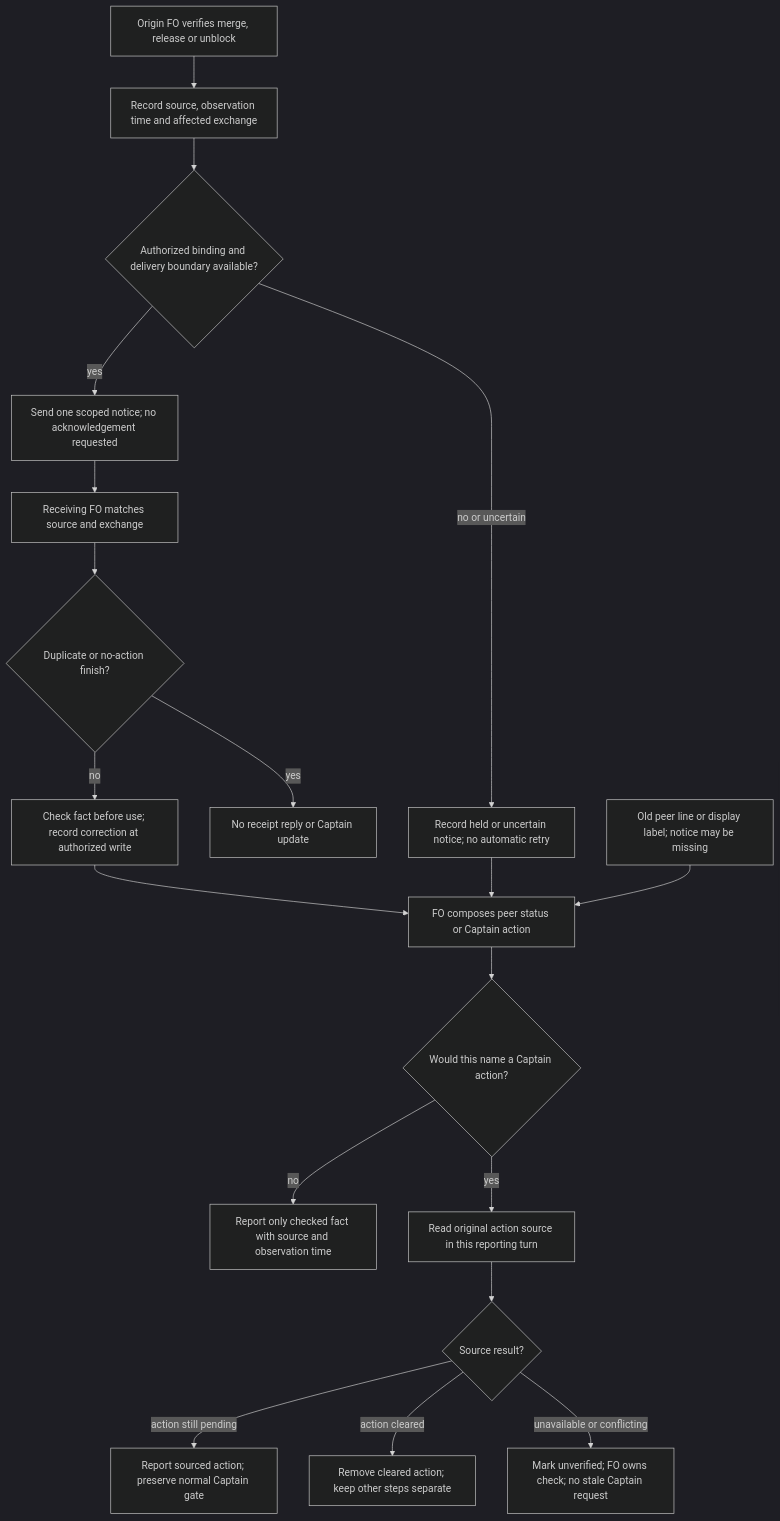
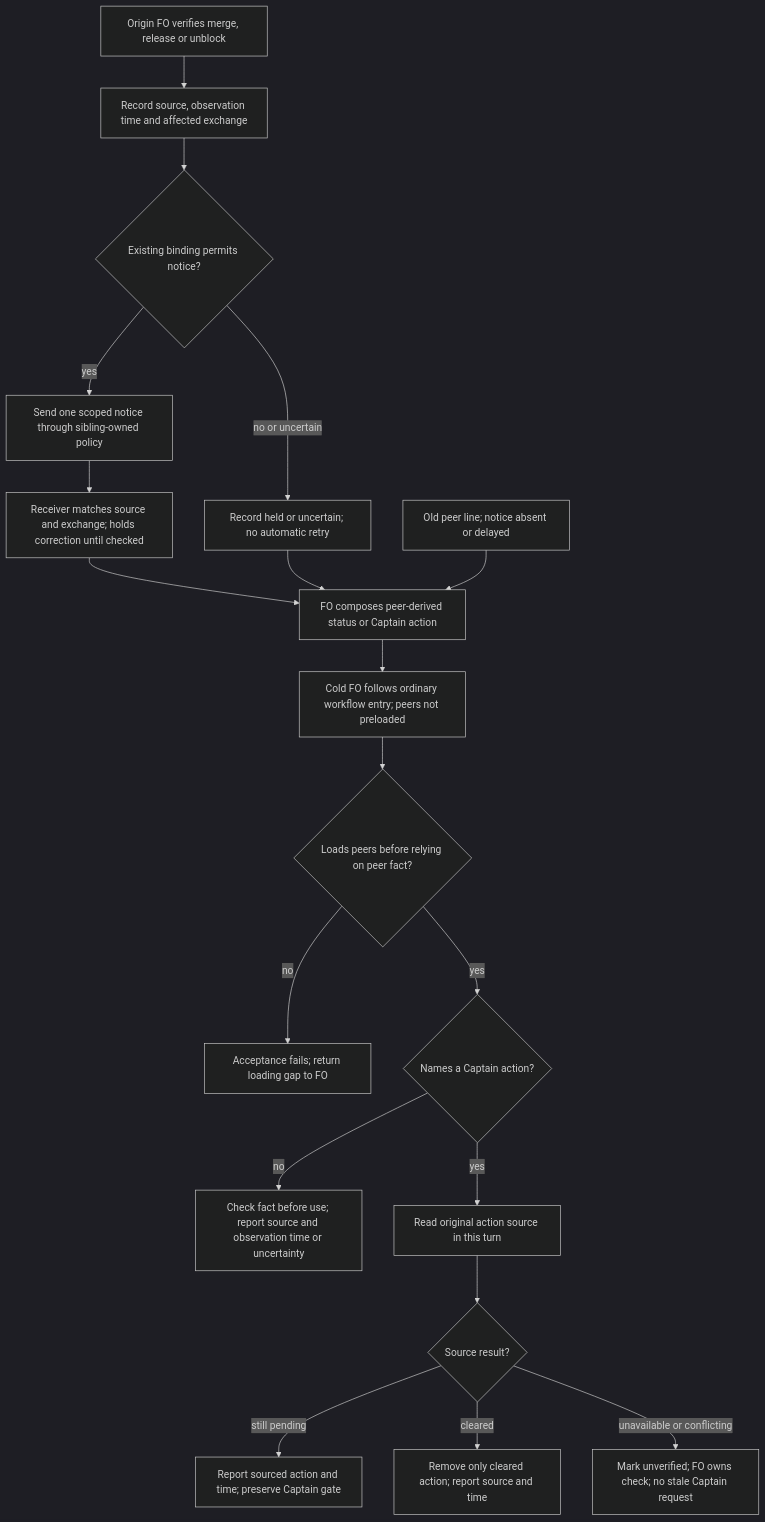
The diagram in peer-status-reaches-fresh.md (iamcxa/kc-claude-plugins), drawn with Mermaid (dark theme) before and after one commit. The commit also changed other lines of this file, not shown here.

Commit message:
docs(dev2): revise peer freshness design after Captain ruling

````diff
--- a/peer-status-reaches-fresh.md
+++ b/peer-status-reaches-fresh.md
@@ -138,21 +138,21 @@
 ```mermaid
 flowchart TD
     O[Origin FO verifies merge, release or unblock] --> R[Record source, observation time and affected exchange]
-    R --> A{Authorized binding and delivery boundary available?}
-    A -->|no or uncertain| H[Record held or uncertain notice; no automatic retry]
-    A -->|yes| N[Send one scoped notice; no acknowledgement requested]
-    N --> I[Receiving FO matches source and exchange]
-    I --> Q{Duplicate or no-action finish?}
-    Q -->|yes| Z[No receipt reply or Captain update]
-    Q -->|no| U[Check fact before use; record correction at authorized write]
-    U --> F[FO composes peer status or Captain action]
+    R --> A{Existing binding permits notice?}
+    A -->|no or uncertain| H[Record held or uncertain; no automatic retry]
+    A -->|yes| N[Send one scoped notice through sibling-owned policy]
+    N --> I[Receiver matches source and exchange; holds correction until checked]
+    I --> F[FO composes peer-derived status or Captain action]
     H --> F
-    L[Old peer line or display label; notice may be missing] --> F
-    F --> C{Would this name a Captain action?}
-    C -->|no| T[Report only checked fact with source and observation time]
-    C -->|yes| S[Read original action source in this reporting turn]
+    L[Old peer line; notice absent or delayed] --> F
+    F --> B[Cold FO follows ordinary workflow entry; peers not preloaded]
+    B --> C{Loads peers before relying on peer fact?}
+    C -->|no| X[Acceptance fails; return loading gap to FO]
+    C -->|yes| J{Names a Captain action?}
+    J -->|no| T[Check fact before use; report source and observation time or uncertainty]
+    J -->|yes| S[Read original action source in this turn]
     S --> D{Source result?}
-    D -->|action still pending| P[Report sourced action; preserve normal Captain gate]
-    D -->|action cleared| E[Remove cleared action; keep other steps separate]
+    D -->|still pending| P[Report sourced action and time; preserve Captain gate]
+    D -->|cleared| E[Remove only cleared action; report source and time]
     D -->|unavailable or conflicting| V[Mark unverified; FO owns check; no stale Captain request]
 ```
````
